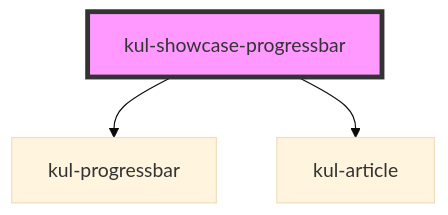
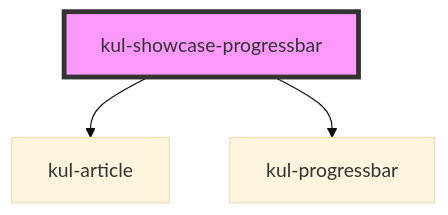
The diagram in packages/ketchup-lite/src/components/kul-showcase/components/progressbar/readme.md (lucafoscili/ketchup-lite), drawn with Mermaid (base theme) before and after one commit. The commit also changed other lines of this file and 46 other files, not shown here.

````diff
--- a/packages/ketchup-lite/src/components/kul-showcase/components/progressbar/readme.md
+++ b/packages/ketchup-lite/src/components/kul-showcase/components/progressbar/readme.md
@@ -27,6 +24,6 @@
 ```mermaid
 graph TD;
+  kul-showcase-progressbar --> kul-article
   kul-showcase-progressbar --> kul-progressbar
-  kul-showcase-progressbar --> kul-article
   style kul-showcase-progressbar fill:#f9f,stroke:#333,stroke-width:4px
 ```
````
